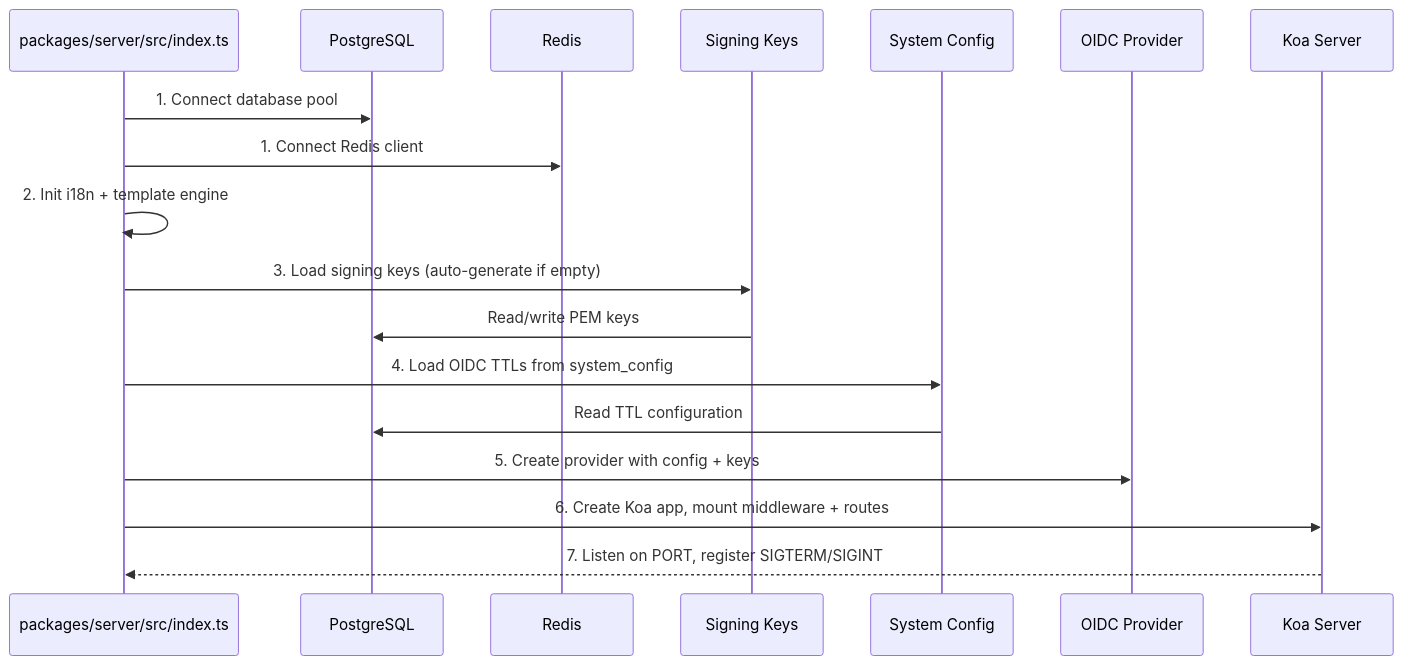
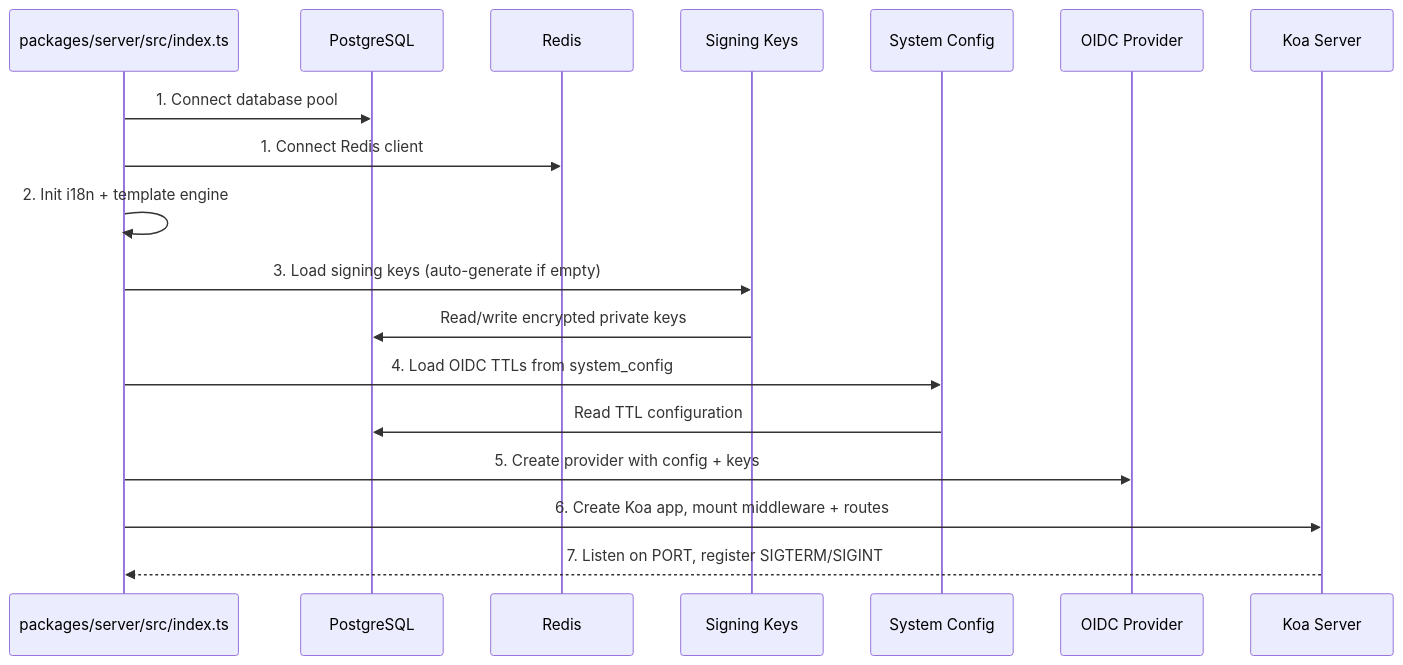
The second of 3 diagrams in techdocs/architecture/system-overview.md (blendsdk/porta-identity), drawn with Mermaid before and after one commit. The commit also changed other lines of this file and 2 other files, not shown here.

Commit message:
docs(techdocs): document signing-key hardening
- describe authenticated encrypted signing-key storage fields
- record fail-closed loading and serialized bootstrap behavior
- clarify cache invalidation and provider restart boundaries

Verification: 100 repository structure tests passing

Ref: codeops/features/production-readiness/plans/production-security-corrections/99-execution-plan.md
Phase: 1

````diff
--- a/techdocs/architecture/system-overview.md
+++ b/techdocs/architecture/system-overview.md
@@ -147,21 +147,21 @@
 ```mermaid
 sequenceDiagram
     participant Main as packages/server/src/index.ts
     participant DB as PostgreSQL
     participant Redis as Redis
     participant Keys as Signing Keys
     participant Config as System Config
     participant OIDC as OIDC Provider
     participant Server as Koa Server
 
     Main->>DB: 1. Connect database pool
     Main->>Redis: 1. Connect Redis client
     Main->>Main: 2. Init i18n + template engine
     Main->>Keys: 3. Load signing keys (auto-generate if empty)
-    Keys->>DB: Read/write PEM keys
+    Keys->>DB: Read/write encrypted private keys
     Main->>Config: 4. Load OIDC TTLs from system_config
     Config->>DB: Read TTL configuration
     Main->>OIDC: 5. Create provider with config + keys
     Main->>Server: 6. Create Koa app, mount middleware + routes
     Server-->>Main: 7. Listen on PORT, register SIGTERM/SIGINT
 ```
````
